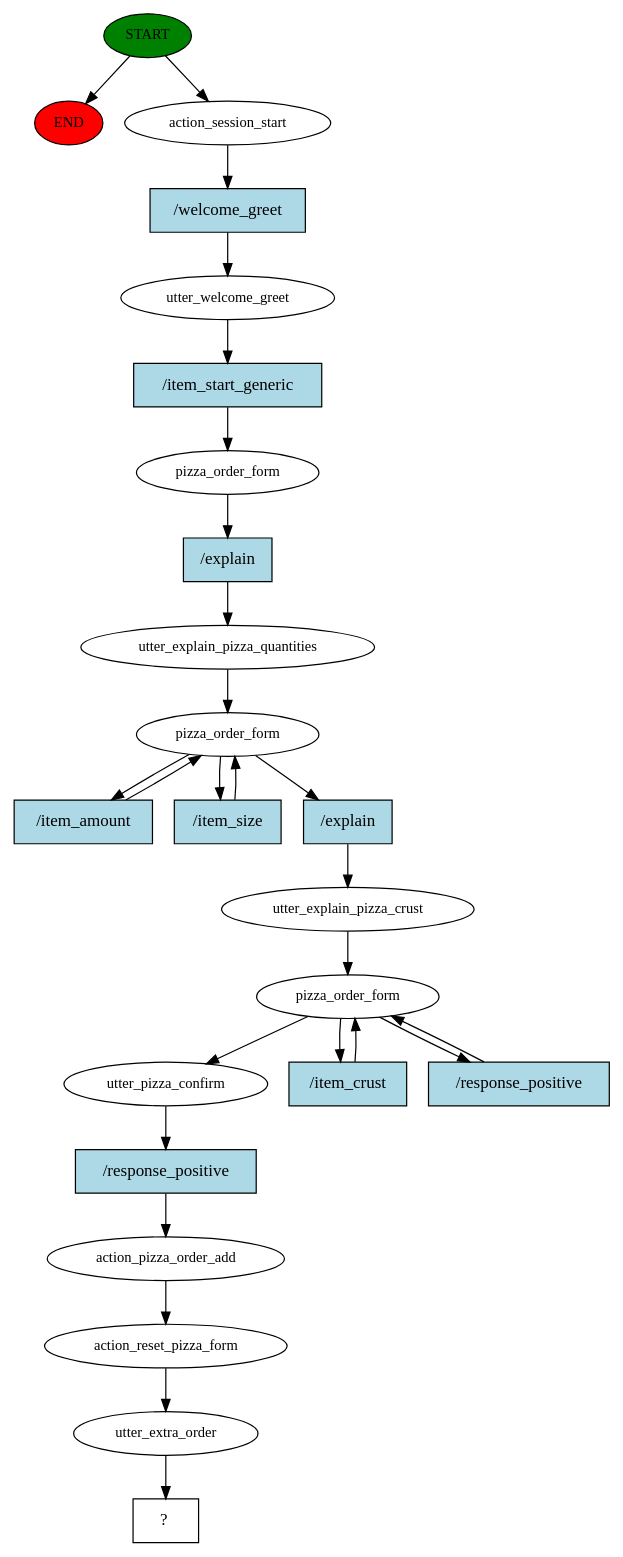
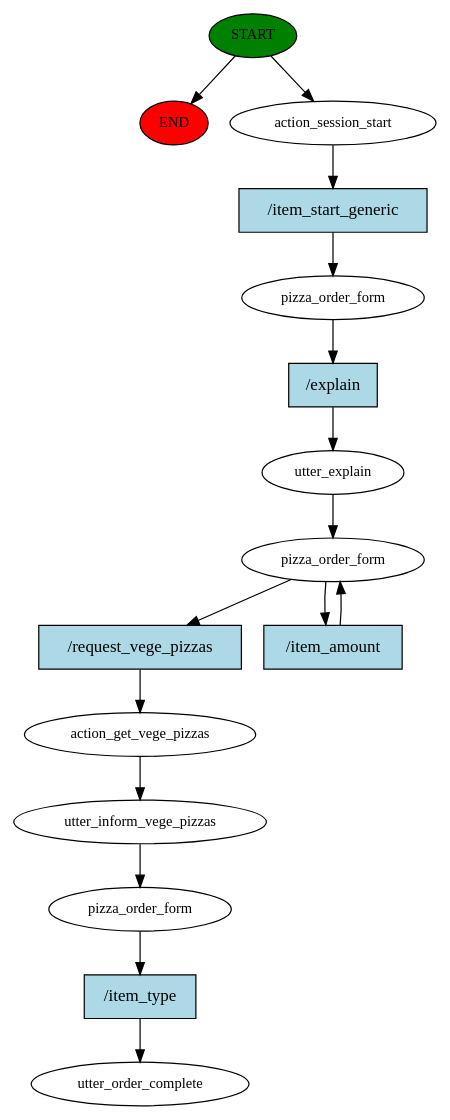
The diagram in story_graph.dot (pasterzewa/HMD-PizzaBot-project), drawn with Graphviz before and after one commit. The commit also changed 849 other files, not shown here.

```diff
--- a/story_graph.dot
+++ b/story_graph.dot
@@ -1,51 +1,32 @@
 digraph  {
 0 [class="start active", fillcolor=green, fontsize=12, label=START, style=filled];
 "-1" [class=end, fillcolor=red, fontsize=12, label=END, style=filled];
 1 [class=active, fontsize=12, label=action_session_start];
-2 [class=active, fontsize=12, label=utter_welcome_greet];
-3 [class=active, fontsize=12, label=pizza_order_form];
-4 [class=active, fontsize=12, label=utter_explain_pizza_quantities];
-5 [class=active, fontsize=12, label=pizza_order_form];
-8 [class=active, fontsize=12, label=utter_explain_pizza_crust];
-9 [class=active, fontsize=12, label=pizza_order_form];
-12 [class=active, fontsize=12, label=utter_pizza_confirm];
-13 [class=active, fontsize=12, label=action_pizza_order_add];
-14 [class=active, fontsize=12, label=action_reset_pizza_form];
-15 [class=active, fontsize=12, label=utter_extra_order];
-16 [class="intent dashed active", label="  ?  ", shape=rect];
-17 [class="intent active", fillcolor=lightblue, label="/welcome_greet", shape=rect, style=filled];
-18 [class="intent active", fillcolor=lightblue, label="/item_start_generic", shape=rect, style=filled];
-19 [class="intent active", fillcolor=lightblue, label="/explain", shape=rect, style=filled];
-20 [class="intent active", fillcolor=lightblue, label="/item_amount", shape=rect, style=filled];
-21 [class="intent active", fillcolor=lightblue, label="/item_size", shape=rect, style=filled];
-22 [class="intent active", fillcolor=lightblue, label="/explain", shape=rect, style=filled];
-23 [class="intent active", fillcolor=lightblue, label="/item_crust", shape=rect, style=filled];
-24 [class="intent active", fillcolor=lightblue, label="/response_positive", shape=rect, style=filled];
-25 [class="intent active", fillcolor=lightblue, label="/response_positive", shape=rect, style=filled];
+2 [class=active, fontsize=12, label=pizza_order_form];
+3 [class=active, fontsize=12, label=utter_explain];
+4 [class=active, fontsize=12, label=pizza_order_form];
+6 [class=active, fontsize=12, label=action_get_vege_pizzas];
+7 [class=active, fontsize=12, label=utter_inform_vege_pizzas];
+8 [class=active, fontsize=12, label=pizza_order_form];
+9 [class="dashed active", fontsize=12, label=utter_order_complete];
+10 [class="intent active", fillcolor=lightblue, label="/item_start_generic", shape=rect, style=filled];
+11 [class="intent active", fillcolor=lightblue, label="/explain", shape=rect, style=filled];
+12 [class="intent active", fillcolor=lightblue, label="/request_vege_pizzas", shape=rect, style=filled];
+13 [class="intent active", fillcolor=lightblue, label="/item_amount", shape=rect, style=filled];
+14 [class="intent active", fillcolor=lightblue, label="/item_type", shape=rect, style=filled];
 0 -> "-1"  [class="", key=NONE, label=""];
 0 -> 1  [class=active, key=NONE, label=""];
-1 -> 17  [class=active, key=0];
-2 -> 18  [class=active, key=0];
-3 -> 19  [class=active, key=0];
-4 -> 5  [class=active, key=NONE, label=""];
-5 -> 20  [class=active, key=0];
-5 -> 21  [class=active, key=0];
-5 -> 22  [class=active, key=0];
-8 -> 9  [class=active, key=NONE, label=""];
-9 -> 12  [class=active, key=NONE, label=""];
-9 -> 23  [class=active, key=0];
-9 -> 24  [class=active, key=0];
-12 -> 25  [class=active, key=0];
-13 -> 14  [class=active, key=NONE, label=""];
-14 -> 15  [class=active, key=NONE, label=""];
-15 -> 16  [class=active, key=NONE, label=""];
-17 -> 2  [class=active, key=0];
-18 -> 3  [class=active, key=0];
-19 -> 4  [class=active, key=0];
-20 -> 5  [class=active, key=0];
-21 -> 5  [class=active, key=0];
-22 -> 8  [class=active, key=0];
-23 -> 9  [class=active, key=0];
-24 -> 9  [class=active, key=0];
-25 -> 13  [class=active, key=0];
+1 -> 10  [class=active, key=0];
+2 -> 11  [class=active, key=0];
+3 -> 4  [class=active, key=NONE, label=""];
+4 -> 12  [class=active, key=0];
+4 -> 13  [class=active, key=0];
+6 -> 7  [class=active, key=NONE, label=""];
+7 -> 8  [class=active, key=NONE, label=""];
+8 -> 14  [class=active, key=0];
+10 -> 2  [class=active, key=0];
+11 -> 3  [class=active, key=0];
+12 -> 6  [class=active, key=0];
+13 -> 4  [class=active, key=0];
+14 -> 9  [class=active, key=0];
 }
```
